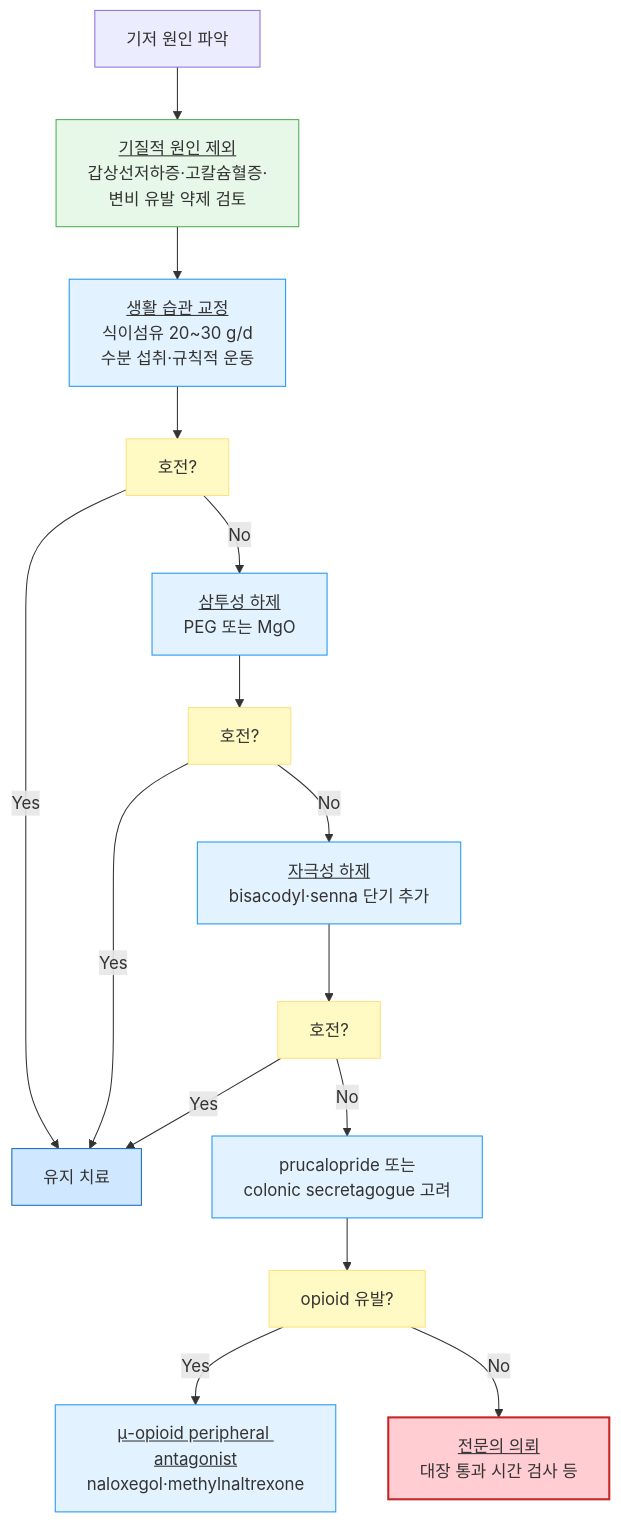
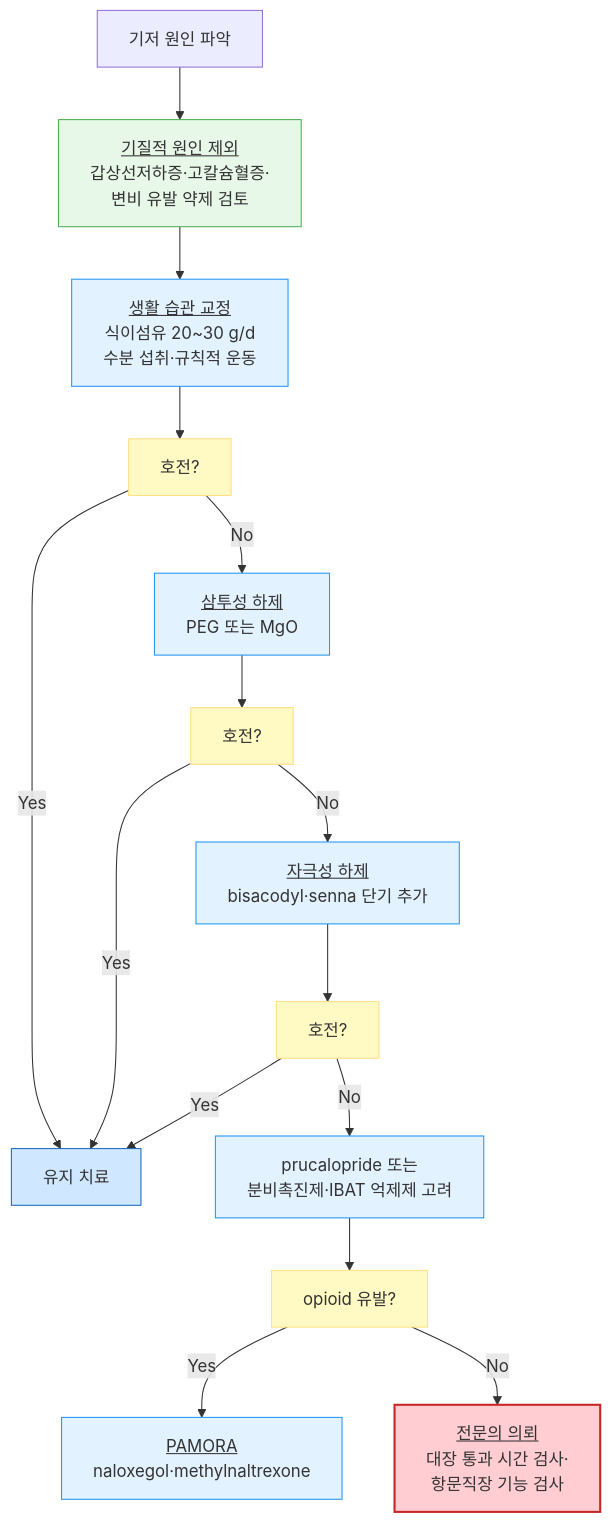
One commit to familyoh77/familyoh77 changed the diagram in 224_/082_-constipation.md. Above: the diagram before and after it, drawn with Mermaid. The commit also changed other lines of this file and 1 other file, not shown here.

````diff
--- a/224_/082_-constipation.md
+++ b/224_/082_-constipation.md
@@ -171,25 +110,25 @@
 ```mermaid
 graph TD
     B[기저 원인 파악]
     B --> C[<u>기질적 원인 제외</u><br/>갑상선저하증·고칼슘혈증·<br/>변비 유발 약제 검토]
     C --> D[<u>생활 습관 교정</u><br/>식이섬유 20~30 g/d<br/>수분 섭취·규칙적 운동]
     D --> E[호전?]
     E -->|No| F[<u>삼투성 하제</u><br/>PEG 또는 MgO]
     E -->|Yes| Z[유지 치료]
     F --> G[호전?]
     G -->|No| H[<u>자극성 하제</u><br/>bisacodyl·senna 단기 추가]
     G -->|Yes| Z
     H --> I[호전?]
-    I -->|No| J[prucalopride 또는<br/>colonic secretagogue 고려]
+    I -->|No| J[prucalopride 또는<br/>분비촉진제·IBAT 억제제 고려]
     I -->|Yes| Z
     J --> K[opioid 유발?]
-    K -->|Yes| L[<u>μ-opioid peripheral antagonist</u><br/>naloxegol·methylnaltrexone]
-    K -->|No| M[<u>전문의 의뢰</u><br/>대장 통과 시간 검사 등]
+    K -->|Yes| L[<u>PAMORA</u><br/>naloxegol·methylnaltrexone]
+    K -->|No| M[<u>전문의 의뢰</u><br/>대장 통과 시간 검사·<br/>항문직장 기능 검사]
 classDef yellow fill:#fff9c4,stroke:#ffe082
 class E,G,I,K yellow
 classDef sky fill:#e3f2ff,stroke:#2196f3
 class D,F,H,J,L sky
     style C fill:#e8f8e8,stroke:#4caf50
     style Z fill:#d0e8ff,stroke:#1a6abf
     style M fill:#ffcdd2,stroke:#c62828,stroke-width:2px
 ```
````
